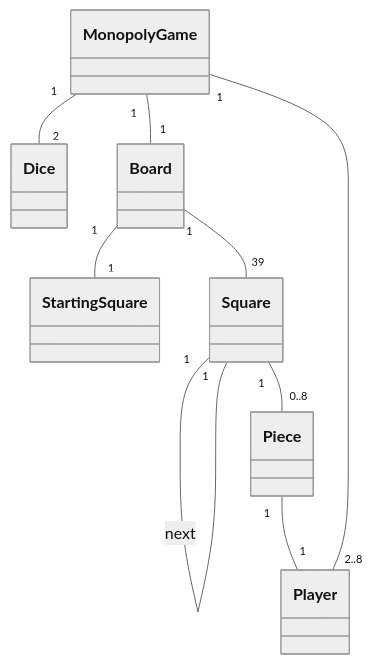
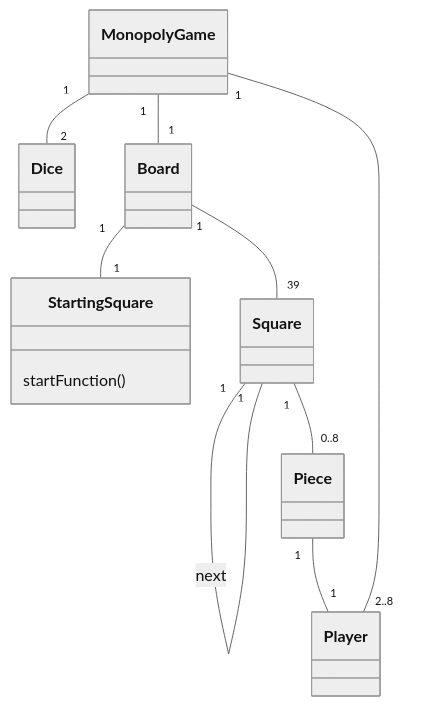
Before and after one commit to SouperSalamander/ot-harjoitustyo: the diagram in laskarit/viikko3/monopoly.md, drawn with Mermaid (neutral theme).

Commit message:
Update monopoly.md
add function

````diff
--- a/laskarit/viikko3/monopoly.md
+++ b/laskarit/viikko3/monopoly.md
@@ -1,11 +1,14 @@
 ```mermaid
  classDiagram
+    class StartingSquare {
+      startFunction()
+    }
     MonopolyGame "1" -- "2" Dice
     MonopolyGame "1" -- "1" Board
     Board "1" -- "1" StartingSquare
     Board "1" -- "39" Square
     Square "1" -- "1" Square : next
     Square "1" -- "0..8" Piece
     Piece "1" -- "1" Player
     Player "2..8" -- "1" MonopolyGame
 ```
````
